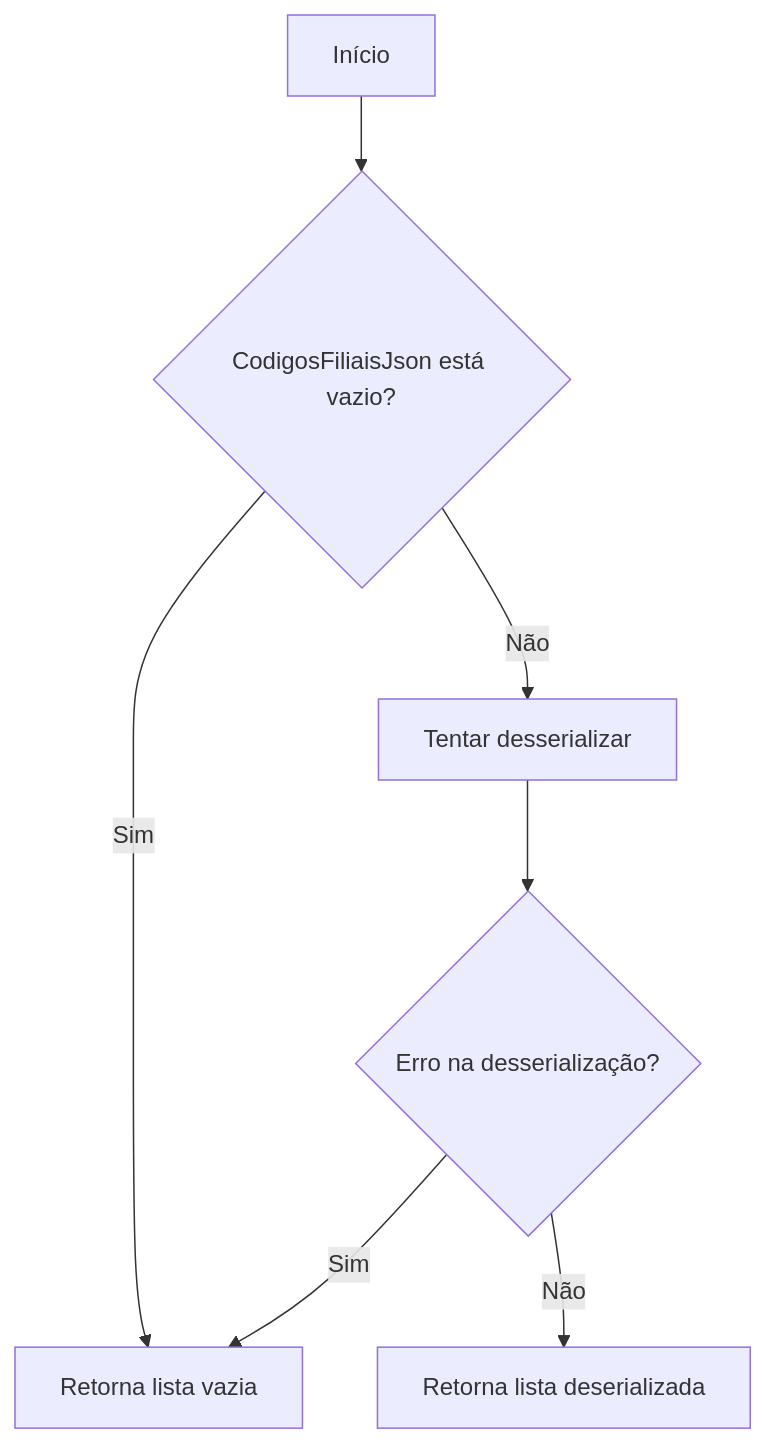
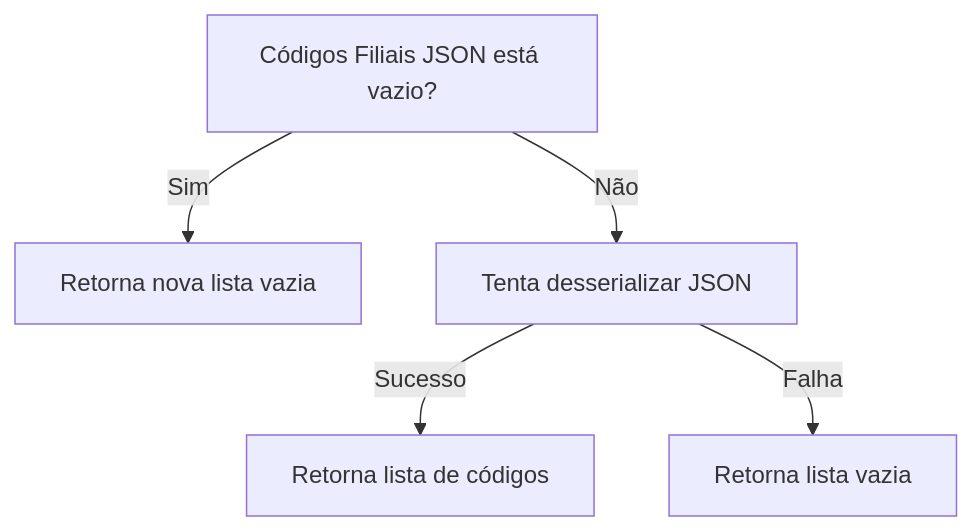
Before and after one commit to IsthmusSistemas/documentacao-tecnica: the first of 2 diagrams in docs/b2b-dominio/IsthmusWinthor.Nucleo/IsthmusWinthor.Dominio/Entidades/ConvenioCartaoCredencial.md, drawn with Mermaid. The commit also changed other lines of this file and 882 other files, not shown here.

````diff
--- a/docs/b2b-dominio/IsthmusWinthor.Nucleo/IsthmusWinthor.Dominio/Entidades/ConvenioCartaoCredencial.md
+++ b/docs/b2b-dominio/IsthmusWinthor.Nucleo/IsthmusWinthor.Dominio/Entidades/ConvenioCartaoCredencial.md
@@ -18,9 +22,7 @@
 ```mermaid
 flowchart TD
-    A[Início] --> B{CodigosFiliaisJson está vazio?}
-    B -->|Sim| C[Retorna lista vazia]
-    B -->|Não| D[Tentar desserializar]
-    D --> E{Erro na desserialização?}
-    E -->|Sim| C[Retorna lista vazia]
-    E -->|Não| F[Retorna lista deserializada]
+    A[Códigos Filiais JSON está vazio?] -->|Sim| B[Retorna nova lista vazia]
+    A -->|Não| C[Tenta desserializar JSON]
+    C -->|Sucesso| D[Retorna lista de códigos]
+    C -->|Falha| E[Retorna lista vazia]
 ```
````
